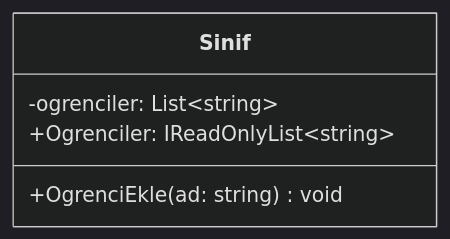
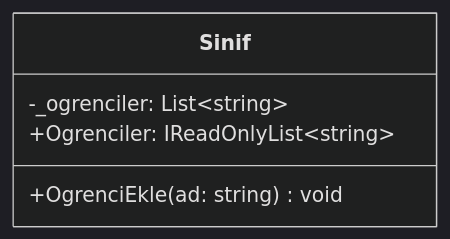
Before and after one commit to ibrahimayaz/Nesne-Yonelimli-Programlama-2025: the fifth of 5 diagrams in Hafta04/README.md, drawn with Mermaid (dark theme). The commit also changed other lines of this file, not shown here.

````diff
--- a/Hafta04/README.md
+++ b/Hafta04/README.md
@@ -262,8 +285,8 @@
 ```mermaid
 classDiagram
     class Sinif {
-      -ogrenciler: List~string~
+      -_ogrenciler: List~string~
       +Ogrenciler: IReadOnlyList~string~
       +OgrenciEkle(ad: string) void
     }
 ```
````
